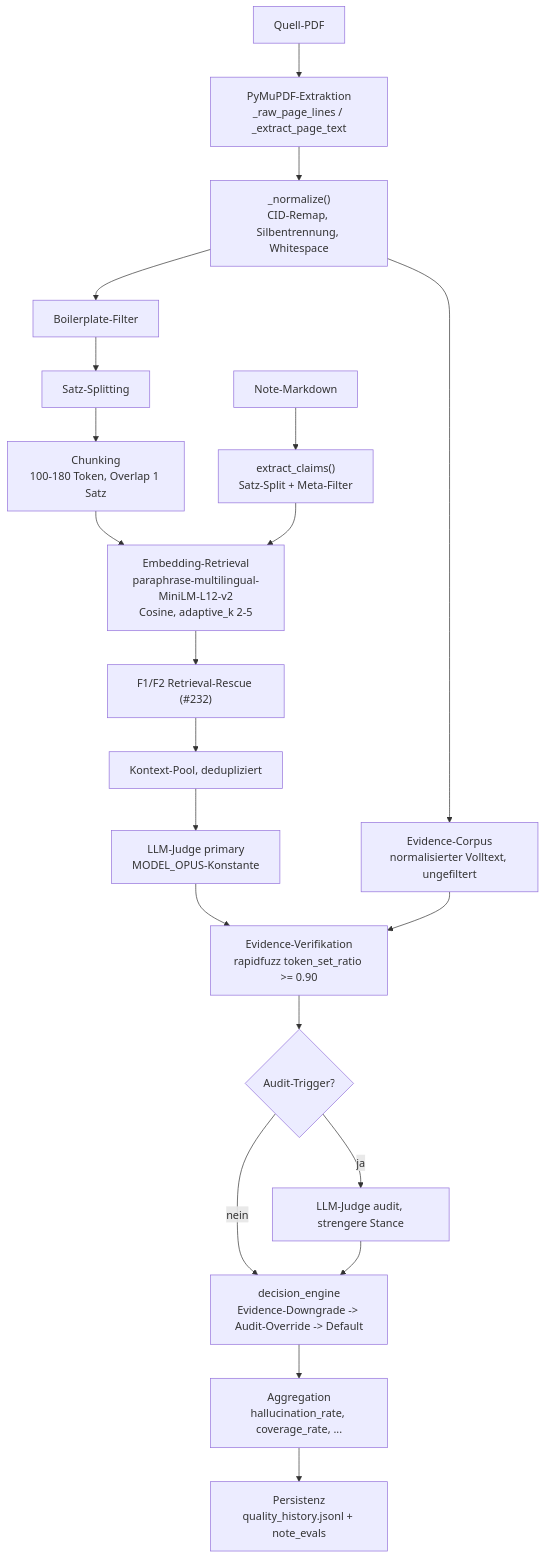
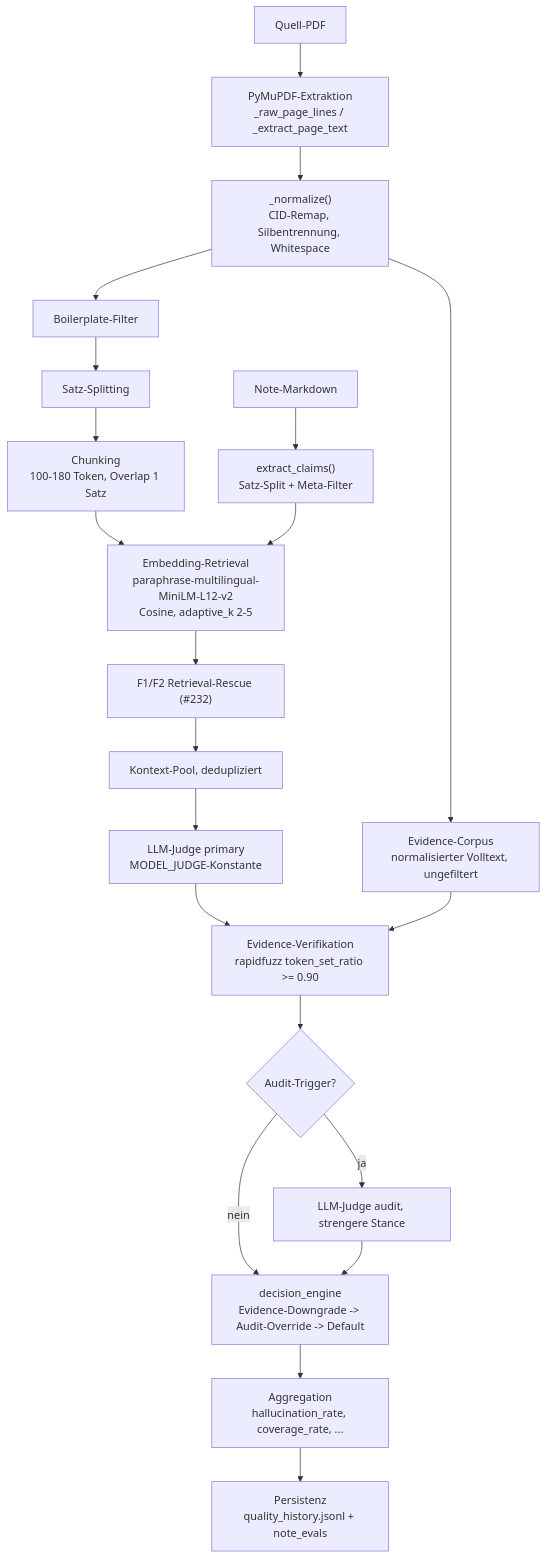
One commit to TillQuandel/atomic-notes changed the diagram in docs/evaluation.md. Above: the diagram before and after it, drawn with Mermaid. The commit also changed other lines of this file and 6 other files, not shown here.

````diff
--- a/docs/evaluation.md
+++ b/docs/evaluation.md
@@ -25,25 +25,25 @@
 ```mermaid
 flowchart TD
     PDF[Quell-PDF] --> RAW["PyMuPDF-Extraktion\n_raw_page_lines / _extract_page_text"]
     RAW --> NORMALIZE["_normalize()\nCID-Remap, Silbentrennung, Whitespace"]
     NORMALIZE --> BOIL[Boilerplate-Filter]
     BOIL --> SENT[Satz-Splitting]
     SENT --> CHUNKS["Chunking\n100-180 Token, Overlap 1 Satz"]
     NORMALIZE --> EVCORPUS["Evidence-Corpus\nnormalisierter Volltext, ungefiltert"]
 
     NOTE[Note-Markdown] --> CLAIMS["extract_claims()\nSatz-Split + Meta-Filter"]
 
     CHUNKS --> RETRIEVAL["Embedding-Retrieval\nparaphrase-multilingual-MiniLM-L12-v2\nCosine, adaptive_k 2-5"]
     CLAIMS --> RETRIEVAL
     RETRIEVAL --> RESCUE["F1/F2 Retrieval-Rescue (#232)"]
     RESCUE --> POOL[Kontext-Pool, dedupliziert]
-    POOL --> JUDGE["LLM-Judge primary\nMODEL_OPUS-Konstante"]
+    POOL --> JUDGE["LLM-Judge primary\nMODEL_JUDGE-Konstante"]
     JUDGE --> EVIDENCE["Evidence-Verifikation\nrapidfuzz token_set_ratio >= 0.90"]
     EVCORPUS --> EVIDENCE
     EVIDENCE --> AUDITCHECK{Audit-Trigger?}
     AUDITCHECK -- ja --> AUDITJUDGE[LLM-Judge audit, strengere Stance]
     AUDITCHECK -- nein --> DECISION
     AUDITJUDGE --> DECISION["decision_engine\nEvidence-Downgrade -> Audit-Override -> Default"]
     DECISION --> AGGREGATE["Aggregation\nhallucination_rate, coverage_rate, ..."]
     AGGREGATE --> PERSIST["Persistenz\nquality_history.jsonl + note_evals"]
 ```
````
